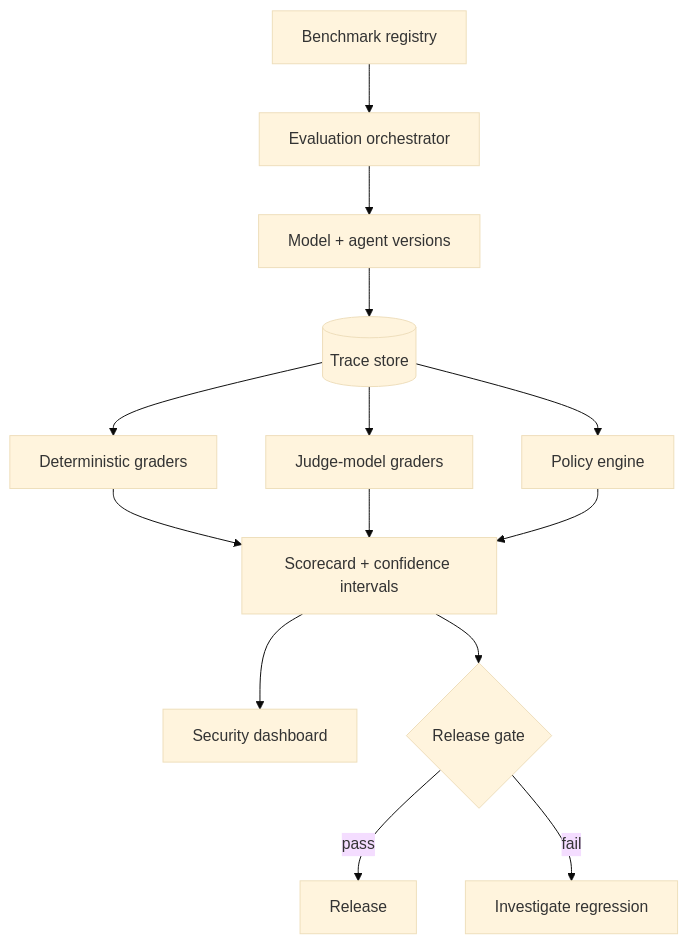
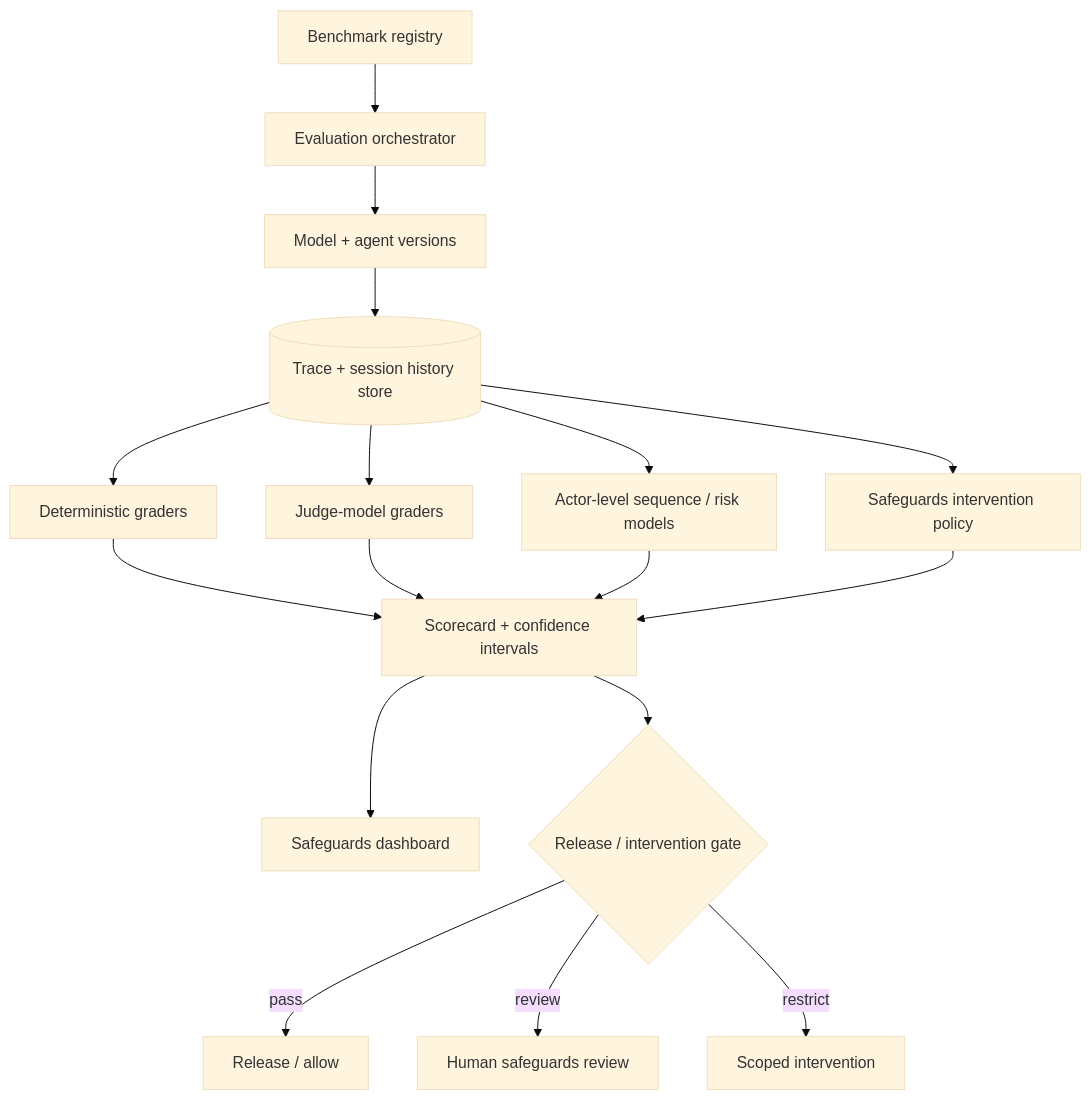
One commit to VinayK88/LLM-Security-Evaluation-Lab changed the fifth of 5 diagrams in README.md. Above: the diagram before and after it, drawn with Mermaid (base theme). The commit also changed other lines of this file, not shown here.

Commit message:
Add longitudinal safeguards evaluation to README

````diff
--- a/README.md
+++ b/README.md
@@ -358,14 +433,16 @@
 ```mermaid
 flowchart TB
     REG["Benchmark registry"] --> ORCH["Evaluation orchestrator"]
     ORCH --> MODELS["Model + agent versions"]
-    MODELS --> STORE[("Trace store")]
+    MODELS --> STORE[("Trace + session history store")]
     STORE --> RULES["Deterministic graders"]
     STORE --> JUDGE["Judge-model graders"]
-    STORE --> POLICY["Policy engine"]
-    RULES & JUDGE & POLICY --> REPORT["Scorecard + confidence intervals"]
-    REPORT --> DASH["Security dashboard"]
-    REPORT --> GATE{"Release gate"}
-    GATE -->|pass| SHIP["Release"]
-    GATE -->|fail| REVIEW["Investigate regression"]
+    STORE --> ACTOR["Actor-level sequence / risk models"]
+    STORE --> POLICY["Safeguards intervention policy"]
+    RULES & JUDGE & ACTOR & POLICY --> REPORT["Scorecard + confidence intervals"]
+    REPORT --> DASH["Safeguards dashboard"]
+    REPORT --> GATE{"Release / intervention gate"}
+    GATE -->|pass| SHIP["Release / allow"]
+    GATE -->|review| HUMAN["Human safeguards review"]
+    GATE -->|restrict| RESTRICT["Scoped intervention"]
 ```
````
